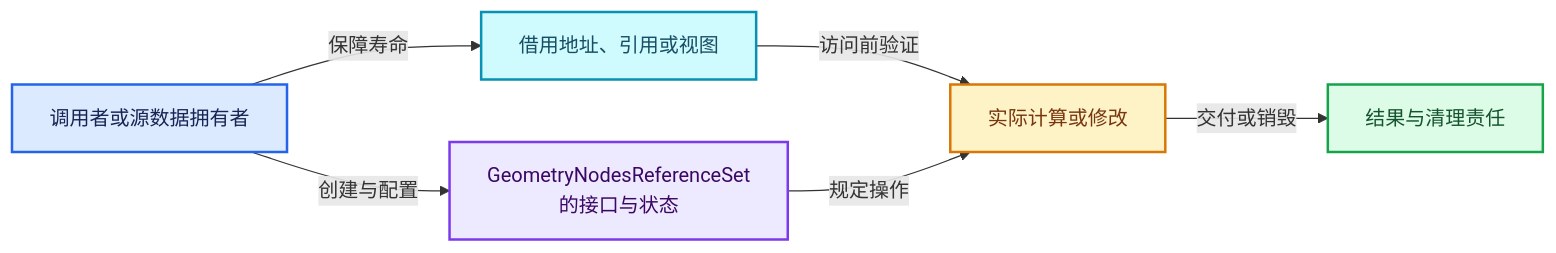
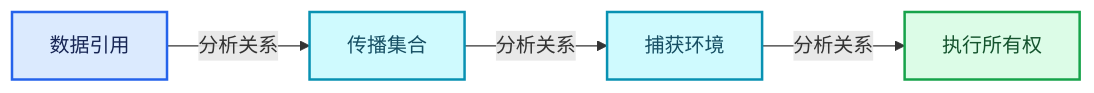
The third of 4 diagrams in 杂/markdown/全面学习-codex/10-引用生命周期与Closure/02-GeometryNodesReferenceSet.md (yunkezengren/blender-.vscode), drawn with Mermaid before and after one commit. The commit also changed other lines of this file and 1930 other files, not shown here.

````diff
--- a/杂/markdown/全面学习-codex/10-引用生命周期与Closure/02-GeometryNodesReferenceSet.md
+++ b/杂/markdown/全面学习-codex/10-引用生命周期与Closure/02-GeometryNodesReferenceSet.md
@@ -187,19 +57,16 @@
 ```mermaid
 flowchart LR
-  O["调用者或源数据拥有者"]:::input
-  V["GeometryNodesReferenceSet的接口与状态"]:::abstraction
-  B["借用地址、引用或视图"]:::data
-  W["实际计算或修改"]:::compute
-  R["结果与清理责任"]:::result
-  O -->|"创建与配置"| V
-  O -->|"保障寿命"| B
-  B -->|"访问前验证"| W
-  V -->|"规定操作"| W
-  W -->|"交付或销毁"| R
+  P0["数据引用"]:::input
+  P1["传播集合"]:::data
+  P2["捕获环境"]:::data
+  P3["执行所有权"]:::result
+  P0 -->|"分析关系"| P1
+  P1 -->|"分析关系"| P2
+  P2 -->|"分析关系"| P3
   classDef input fill:#DBEAFE,stroke:#2563EB,color:#172554,stroke-width:2px;
   classDef data fill:#CFFAFE,stroke:#0891B2,color:#164E63,stroke-width:2px;
   classDef abstraction fill:#EDE9FE,stroke:#7C3AED,color:#3B0764,stroke-width:2px;
   classDef compute fill:#FEF3C7,stroke:#D97706,color:#78350F,stroke-width:2px;
   classDef result fill:#DCFCE7,stroke:#16A34A,color:#14532D,stroke-width:2px;
   classDef error fill:#FEE2E2,stroke:#DC2626,color:#7F1D1D,stroke-width:2px;
 ```
````
